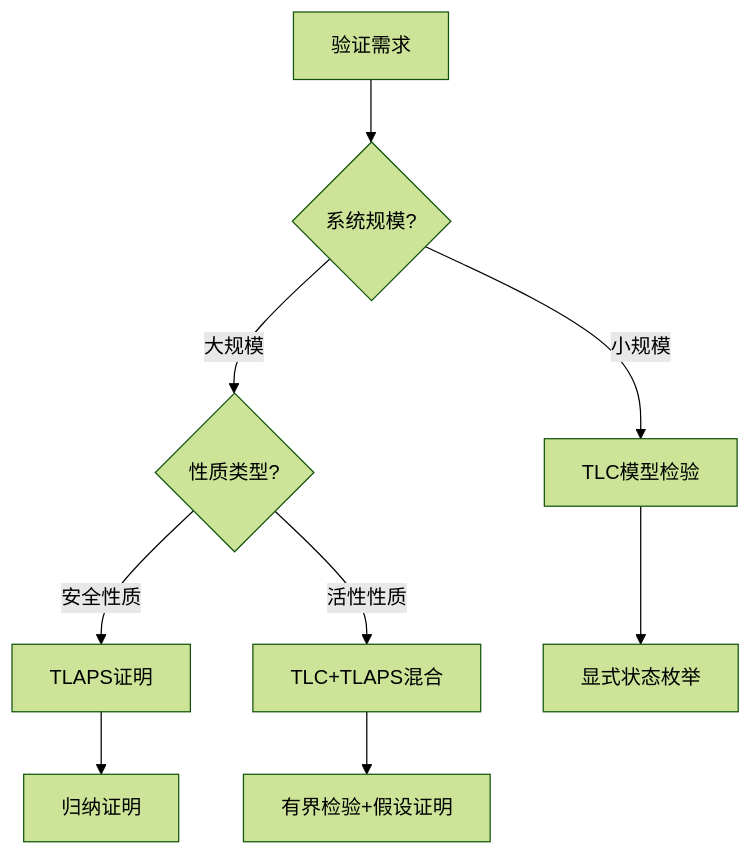
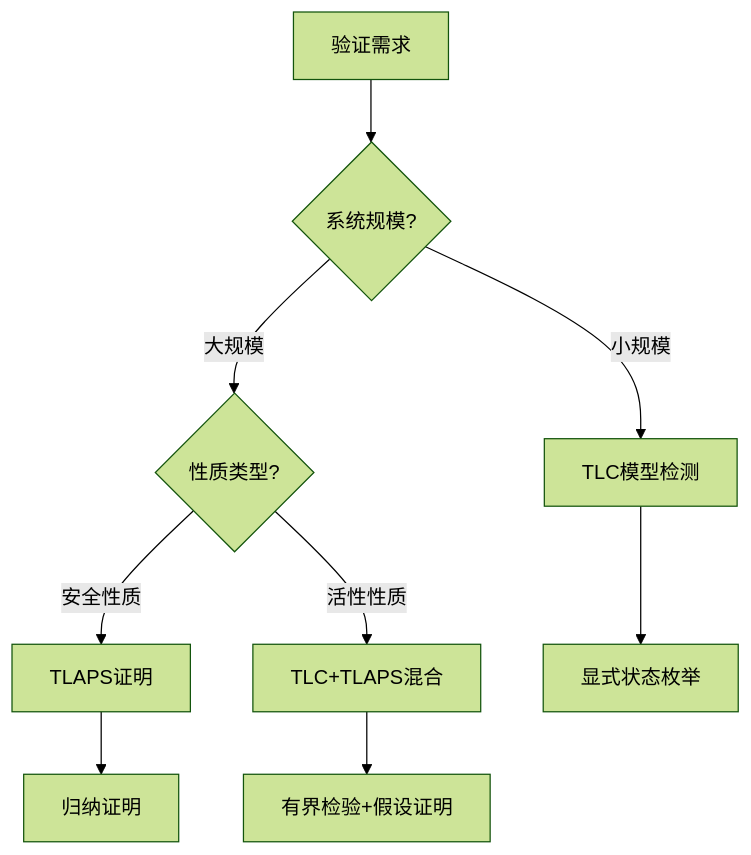
Before and after one commit to AdaMartin18010/AnalysisDataFlow: the second of 4 diagrams in formal-methods/05-verification/01-logic/01-tla-plus.md, drawn with Mermaid (forest theme). The commit also changed other lines of this file and 129 other files, not shown here.

````diff
--- a/formal-methods/05-verification/01-logic/01-tla-plus.md
+++ b/formal-methods/05-verification/01-logic/01-tla-plus.md
@@ -154,11 +154,11 @@
 ```mermaid
 flowchart TD
     A[验证需求] --> B{系统规模?}
-    B -->|小规模| C[TLC模型检验]
+    B -->|小规模| C[TLC模型检测]
     B -->|大规模| D{性质类型?}
     D -->|安全性质| E[TLAPS证明]
     D -->|活性性质| F[TLC+TLAPS混合]
     C --> G[显式状态枚举]
     E --> H[归纳证明]
     F --> I[有界检验+假设证明]
 ```
````
